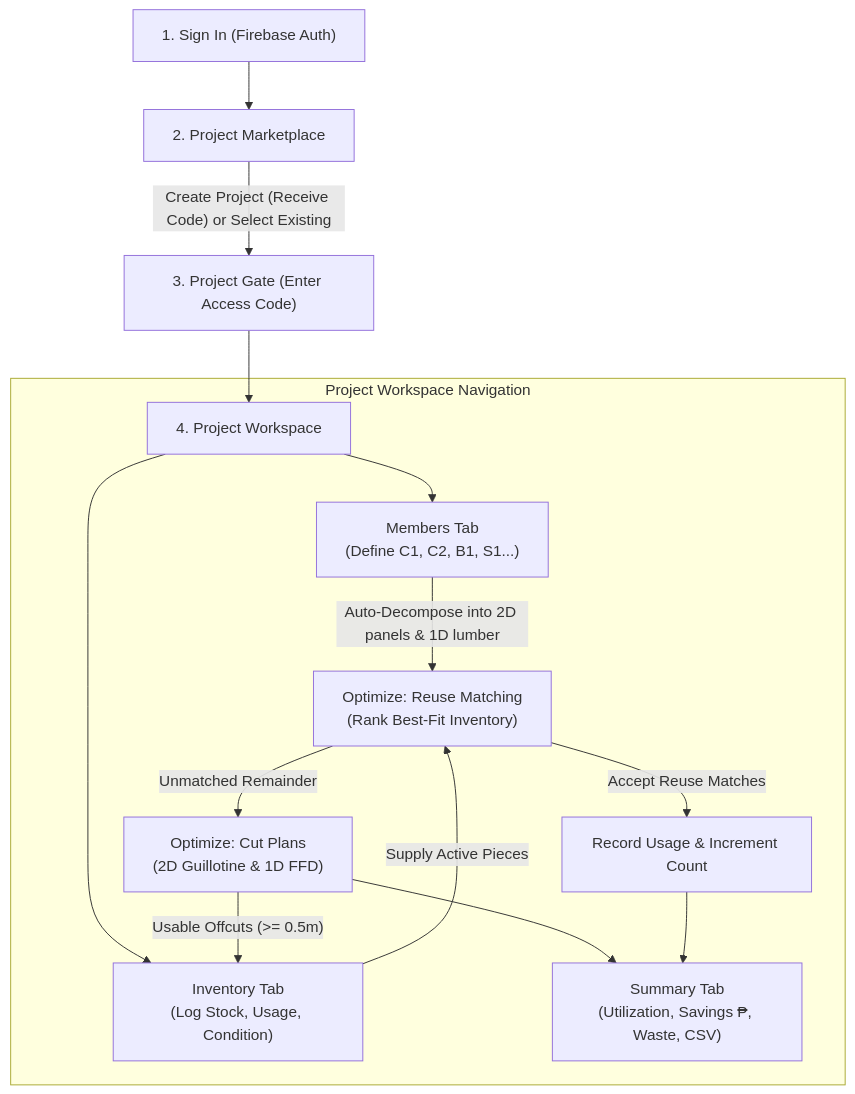
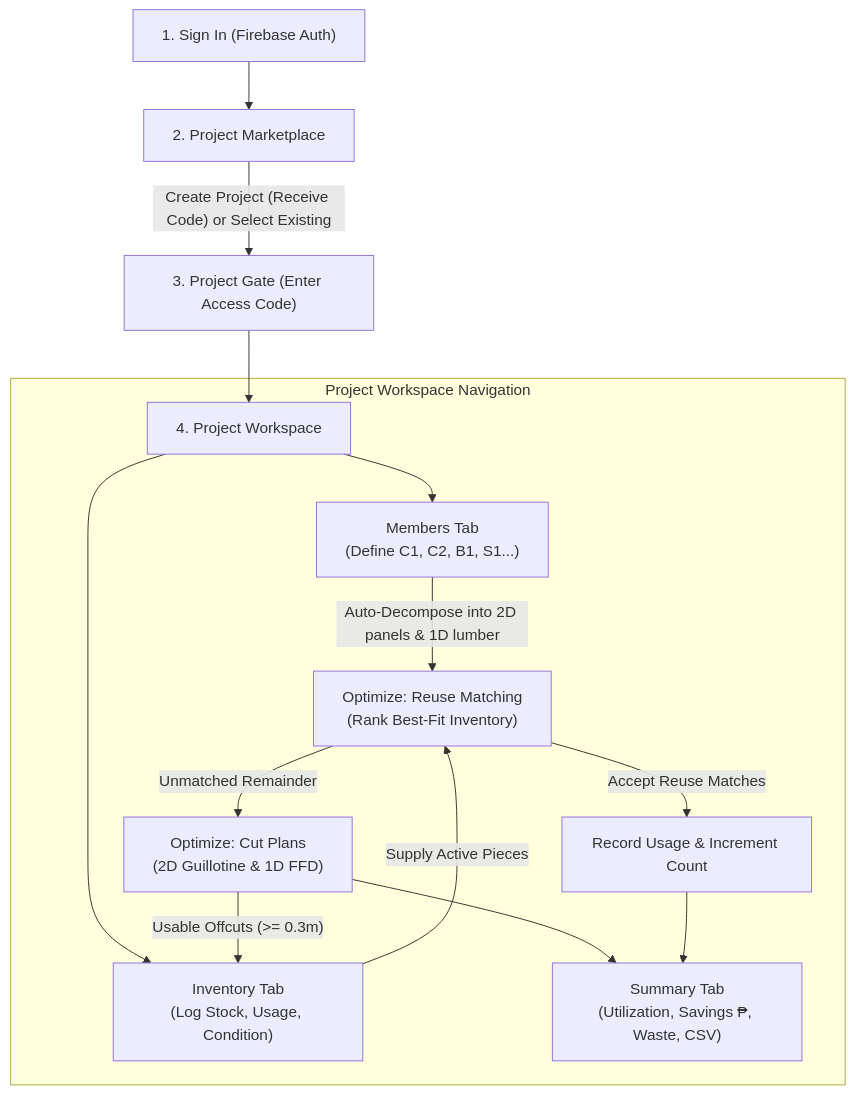
The diagram in docs/user-flow.md (ejsadiarin/optimization-inventory-thesis), drawn with Mermaid before and after one commit. The commit also changed other lines of this file and 13 other files, not shown here.

````diff
--- a/docs/user-flow.md
+++ b/docs/user-flow.md
@@ -11,21 +11,21 @@
 ```mermaid
 flowchart TD
     A["1. Sign In (Firebase Auth)"] --> B["2. Project Marketplace"]
     B -->|"Create Project (Receive Code) or Select Existing"| C["3. Project Gate (Enter Access Code)"]
     C --> D["4. Project Workspace"]
 
     subgraph "Project Workspace Navigation"
         D --> M["Members Tab\n(Define C1, C2, B1, S1...)"]
         M -->|"Auto-Decompose into 2D panels & 1D lumber"| OPT_M["Optimize: Reuse Matching\n(Rank Best-Fit Inventory)"]
         
         D --> INV["Inventory Tab\n(Log Stock, Usage, Condition)"]
         INV -->|"Supply Active Pieces"| OPT_M
         
         OPT_M -->|"Accept Reuse Matches"| LOG["Record Usage & Increment Count"]
         OPT_M -->|"Unmatched Remainder"| OPT_C["Optimize: Cut Plans\n(2D Guillotine & 1D FFD)"]
         
-        OPT_C -->|"Usable Offcuts (>= 0.5m)"| INV
+        OPT_C -->|"Usable Offcuts (>= 0.3m)"| INV
         OPT_C --> SUM["Summary Tab\n(Utilization, Savings ₱, Waste, CSV)"]
         LOG --> SUM
     end
 ```
````
